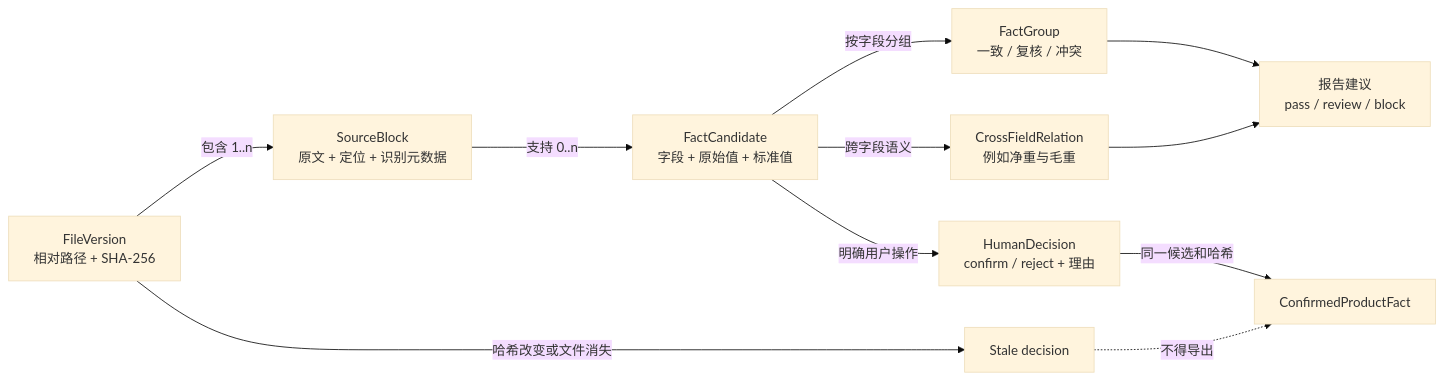
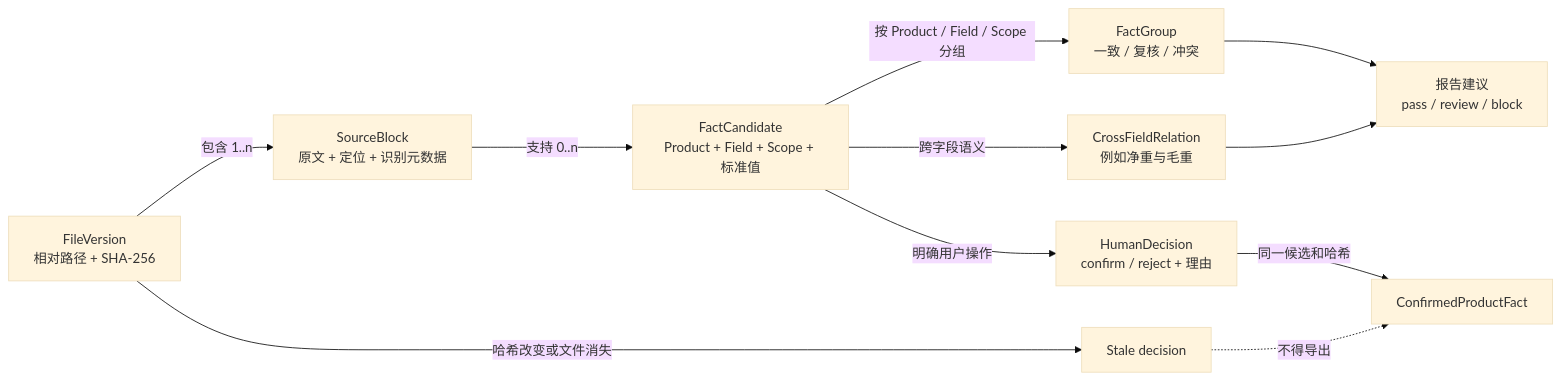
Before and after one commit to tianhao8687/product-evidence-guard: the fourth of 5 diagrams in docs/ARCHITECTURE.md, drawn with Mermaid (base theme). The commit also changed other lines of this file and 34 other files, not shown here.

Commit message:
Implement v2 product evidence identity architecture

````diff
--- a/docs/ARCHITECTURE.md
+++ b/docs/ARCHITECTURE.md
@@ -222,13 +222,13 @@
 ```mermaid
 flowchart LR
     FV["FileVersion<br/>相对路径 + SHA-256"] -->|"包含 1..n"| SB["SourceBlock<br/>原文 + 定位 + 识别元数据"]
-    SB -->|"支持 0..n"| FC["FactCandidate<br/>字段 + 原始值 + 标准值"]
-    FC -->|"按字段分组"| FG["FactGroup<br/>一致 / 复核 / 冲突"]
+    SB -->|"支持 0..n"| FC["FactCandidate<br/>Product + Field + Scope + 标准值"]
+    FC -->|"按 Product / Field / Scope 分组"| FG["FactGroup<br/>一致 / 复核 / 冲突"]
     FC -->|"跨字段语义"| CR["CrossFieldRelation<br/>例如净重与毛重"]
     FG --> R["报告建议<br/>pass / review / block"]
     CR --> R
     FC -->|"明确用户操作"| HD["HumanDecision<br/>confirm / reject + 理由"]
     HD -->|"同一候选和哈希"| CF["ConfirmedProductFact"]
     FV -->|"哈希改变或文件消失"| ST["Stale decision"]
     ST -.->|"不得导出"| CF
 ```
````
